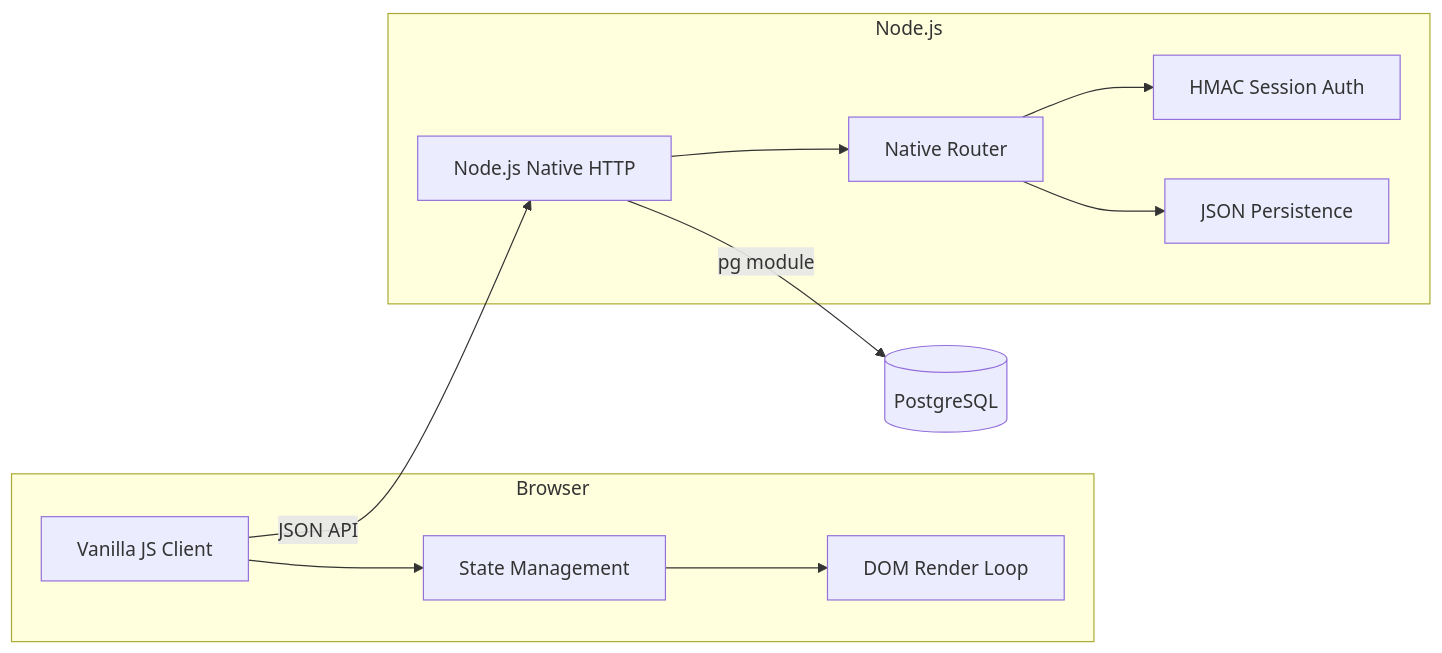
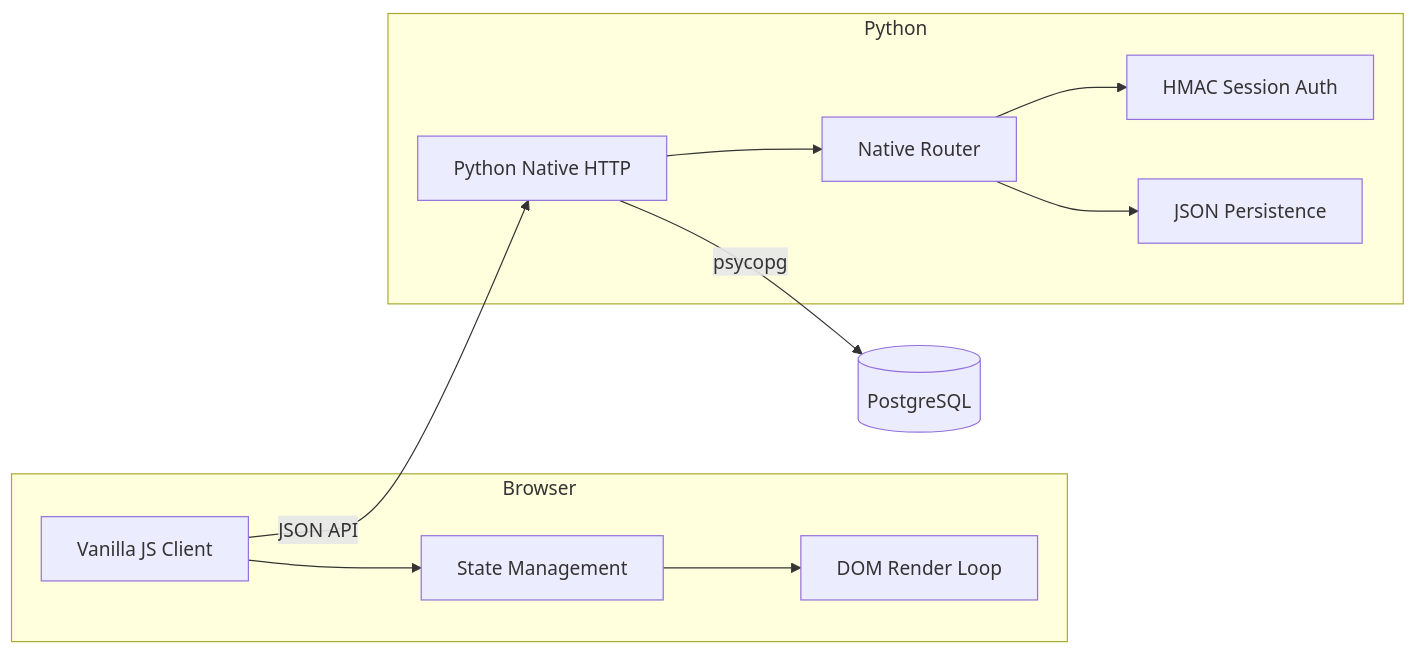
Before and after one commit to Isnob/shikaka: the diagram in README.md, drawn with Mermaid. The commit also changed other lines of this file and 4 other files, not shown here.

Commit message:
refactor: port backend to python

````diff
--- a/README.md
+++ b/README.md
@@ -11,16 +11,16 @@
 ```mermaid
 graph LR
-    Client[Vanilla JS Client] -- JSON API --> Server[Node.js Native HTTP]
-    Server -- pg module --> DB[(PostgreSQL)]
+    Client[Vanilla JS Client] -- JSON API --> Server[Python Native HTTP]
+    Server -- psycopg --> DB[(PostgreSQL)]
     
     subgraph Frontend [Browser]
     Client --> Logic[State Management]
     Logic --> DOM[DOM Render Loop]
     end
     
-    subgraph Backend [Node.js]
+    subgraph Backend [Python]
     Server --> Router[Native Router]
     Router --> Auth[HMAC Session Auth]
     Router --> Storage[JSON Persistence]
     end
 ```
````
